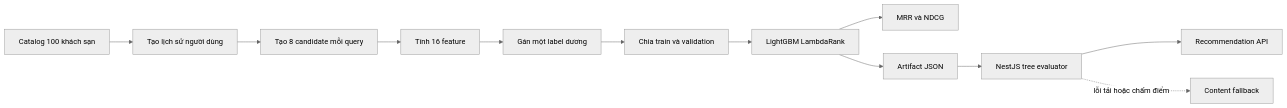
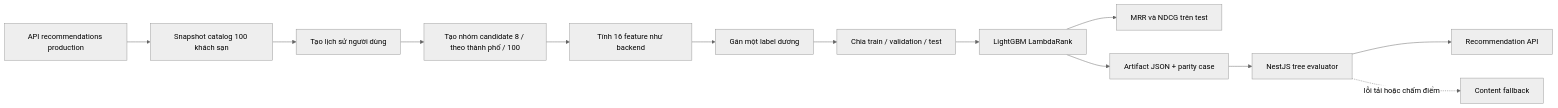
One commit to NguyenDuyHieu49/Hotelia changed the diagram in docs/LightGBM-Training-Process.md. Above: the diagram before and after it, drawn with Mermaid (neutral theme). The commit also changed other lines of this file and 10 other files, not shown here.

First line of the commit message:
fix(recommendations): train v3 on the served catalog with Vietnam-time features

````diff
--- a/docs/LightGBM-Training-Process.md
+++ b/docs/LightGBM-Training-Process.md
@@ -28,14 +50,15 @@
 ```mermaid
 flowchart LR
-    A[Catalog 100 khách sạn] --> B[Tạo lịch sử người dùng]
-    B --> C[Tạo 8 candidate mỗi query]
-    C --> D[Tính 16 feature]
+    S[API recommendations production] --> A[Snapshot catalog 100 khách sạn]
+    A --> B[Tạo lịch sử người dùng]
+    B --> C[Tạo nhóm candidate 8 / theo thành phố / 100]
+    C --> D[Tính 16 feature như backend]
     D --> E[Gán một label dương]
-    E --> F[Chia train và validation]
+    E --> F[Chia train / validation / test]
     F --> G[LightGBM LambdaRank]
-    G --> H[MRR và NDCG]
-    G --> I[Artifact JSON]
+    G --> H[MRR và NDCG trên test]
+    G --> I[Artifact JSON + parity case]
     I --> J[NestJS tree evaluator]
     J --> K[Recommendation API]
     J -. lỗi tải hoặc chấm điểm .-> L[Content fallback]
 ```
````
